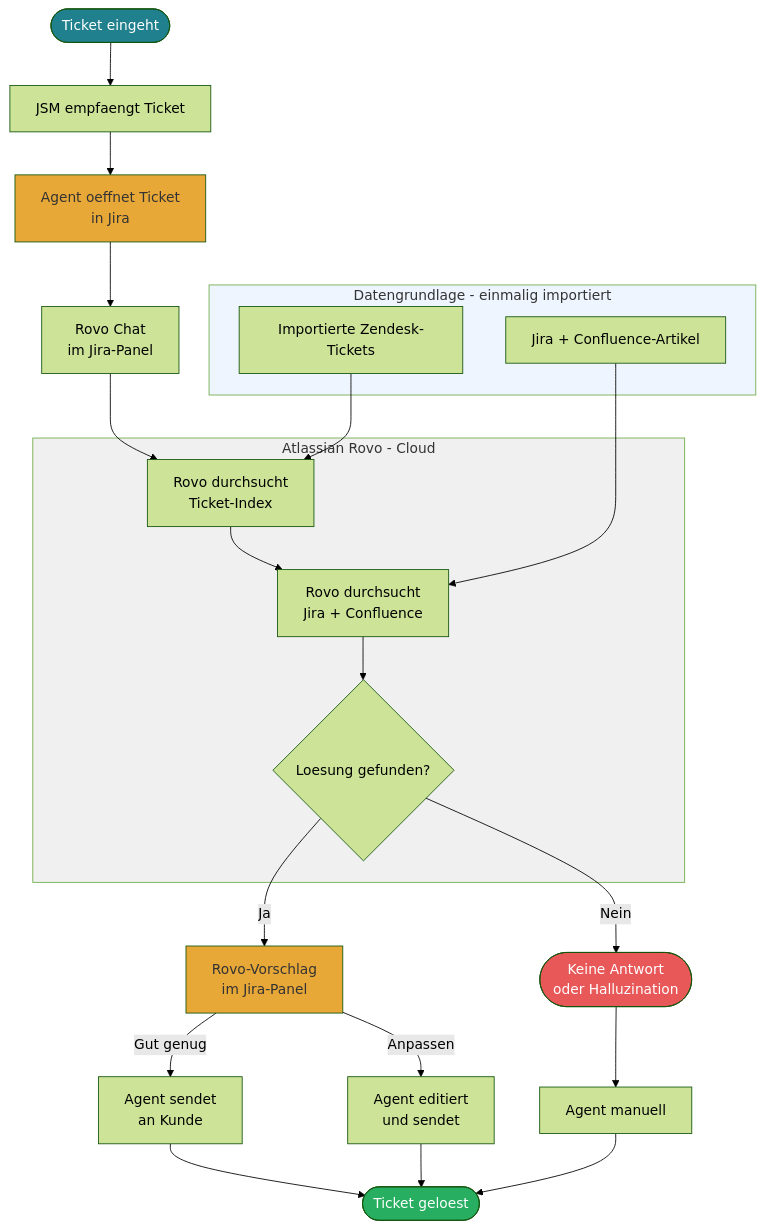
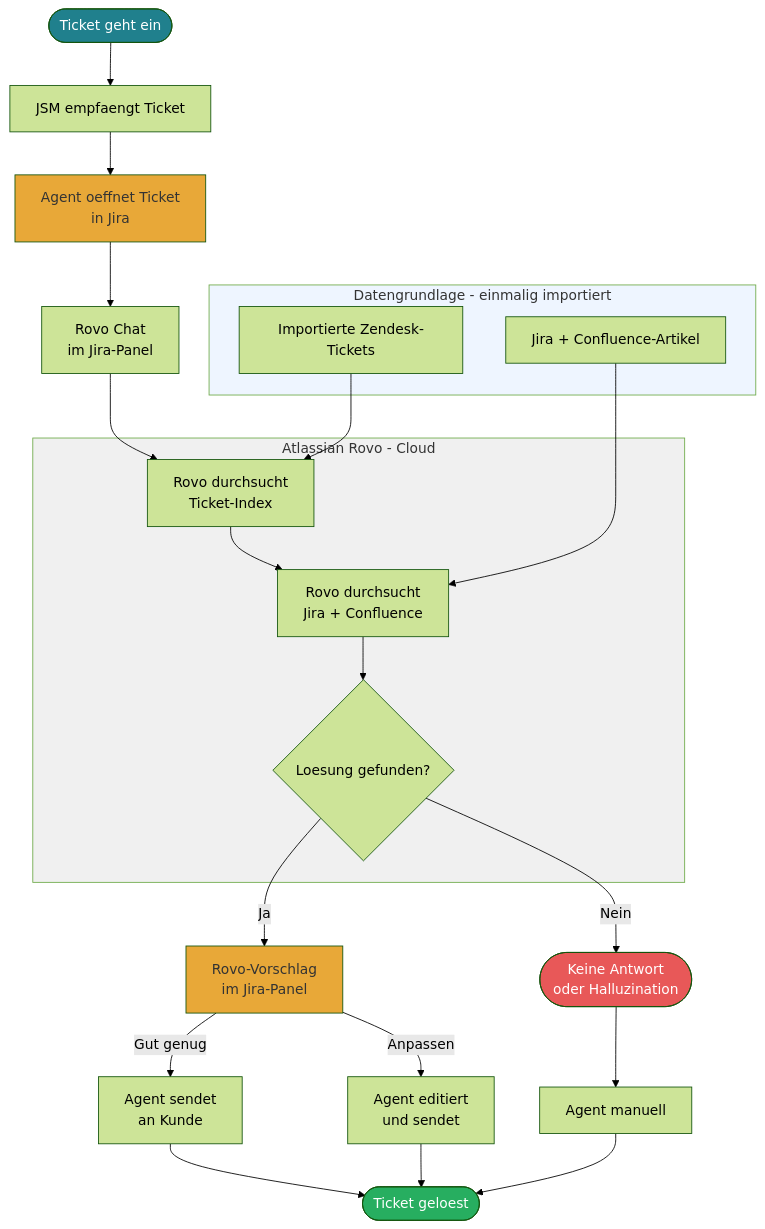
Before and after one commit to tekknix/zendesk-ai: diagram 11 of 14 in readme.md, drawn with Mermaid (forest theme). The commit also changed other lines of this file, not shown here.

````diff
--- a/readme.md
+++ b/readme.md
@@ -272,36 +272,36 @@
 ```mermaid
 flowchart TD
-    A([Ticket eingeht]) --> B[JSM empfaengt Ticket]
+    A([Ticket geht ein]) --> B[JSM empfaengt Ticket]
     B --> C[Agent oeffnet Ticket<br>in Jira]
     C --> D[Rovo Chat<br>im Jira-Panel]
     D --> E[Rovo durchsucht<br>Ticket-Index]
     E --> F[Rovo durchsucht<br>Jira + Confluence]
     F --> G{Loesung gefunden?}
     G -->|Ja| H[Rovo-Vorschlag<br>im Jira-Panel]
     G -->|Nein| X([Keine Antwort<br>oder Halluzination])
     H -->|Gut genug| I[Agent sendet<br>an Kunde]
     H -->|Anpassen| K[Agent editiert<br>und sendet]
     X --> J[Agent manuell]
     I --> L([Ticket geloest])
     K --> L
     J --> L
 
     subgraph ROVO [Atlassian Rovo - Cloud]
         E
         F
         G
     end
 
     subgraph IMPORT [Datengrundlage - einmalig importiert]
         Z1[Importierte Zendesk-Tickets] --> E
         Z2[Jira + Confluence-Artikel] --> F
     end
 
     style A fill:#20808D,color:#fff
     style C fill:#E8A838,color:#333
     style H fill:#E8A838,color:#333
     style L fill:#27AE60,color:#fff
     style X fill:#E85858,color:#fff
     style ROVO fill:#f0f0f0,color:#333
     style IMPORT fill:#eef5ff,color:#333
 ```
````
